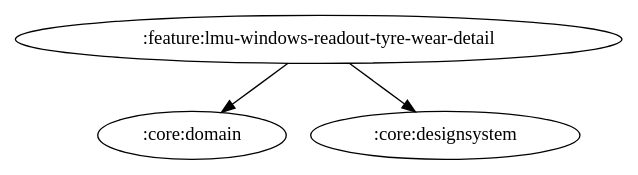
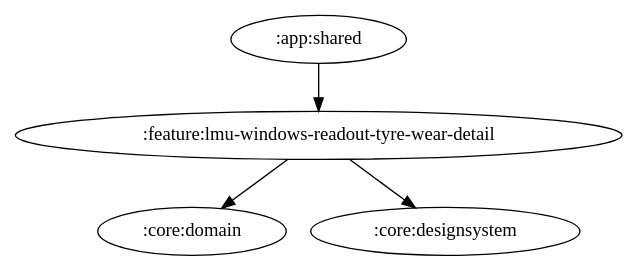
The diagram in docs/graphs/feature-lmu-windows-readout-tyre-wear-detail.gv (ai-kurou/KoDriver), drawn with Graphviz before and after one commit. The commit also changed 5 other files, not shown here.

Commit message:
chore: update module graph images

```diff
--- a/docs/graphs/feature-lmu-windows-readout-tyre-wear-detail.gv
+++ b/docs/graphs/feature-lmu-windows-readout-tyre-wear-detail.gv
@@ -1,5 +1,6 @@
 digraph G {
   rankdir=TB
+  ":app:shared" -> ":feature:lmu-windows-readout-tyre-wear-detail"
   ":feature:lmu-windows-readout-tyre-wear-detail" -> ":core:domain"
   ":feature:lmu-windows-readout-tyre-wear-detail" -> ":core:designsystem"
 }
```
